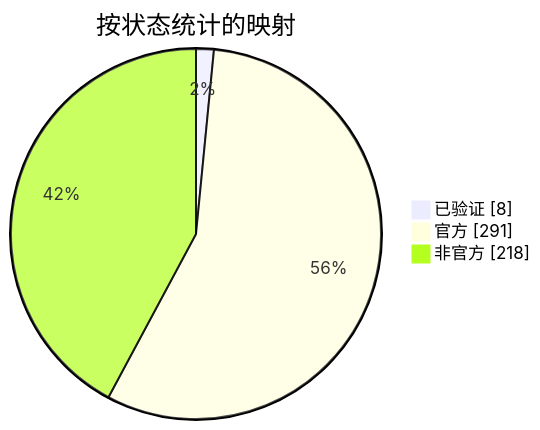
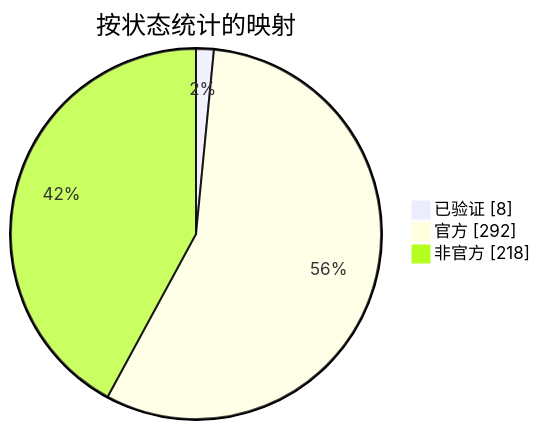
One commit to nobrega8/mbmap-library changed the diagram in docs/readme/README_ZHS.md. Above: the diagram before and after it, drawn with Mermaid. The commit also changed 5 other files, not shown here.

````diff
--- a/docs/readme/README_ZHS.md
+++ b/docs/readme/README_ZHS.md
@@ -54,7 +54,7 @@
 ```mermaid
 pie showData
     title 按状态统计的映射
     "已验证" : 8
-    "官方" : 291
+    "官方" : 292
     "非官方" : 218
 ```
````
